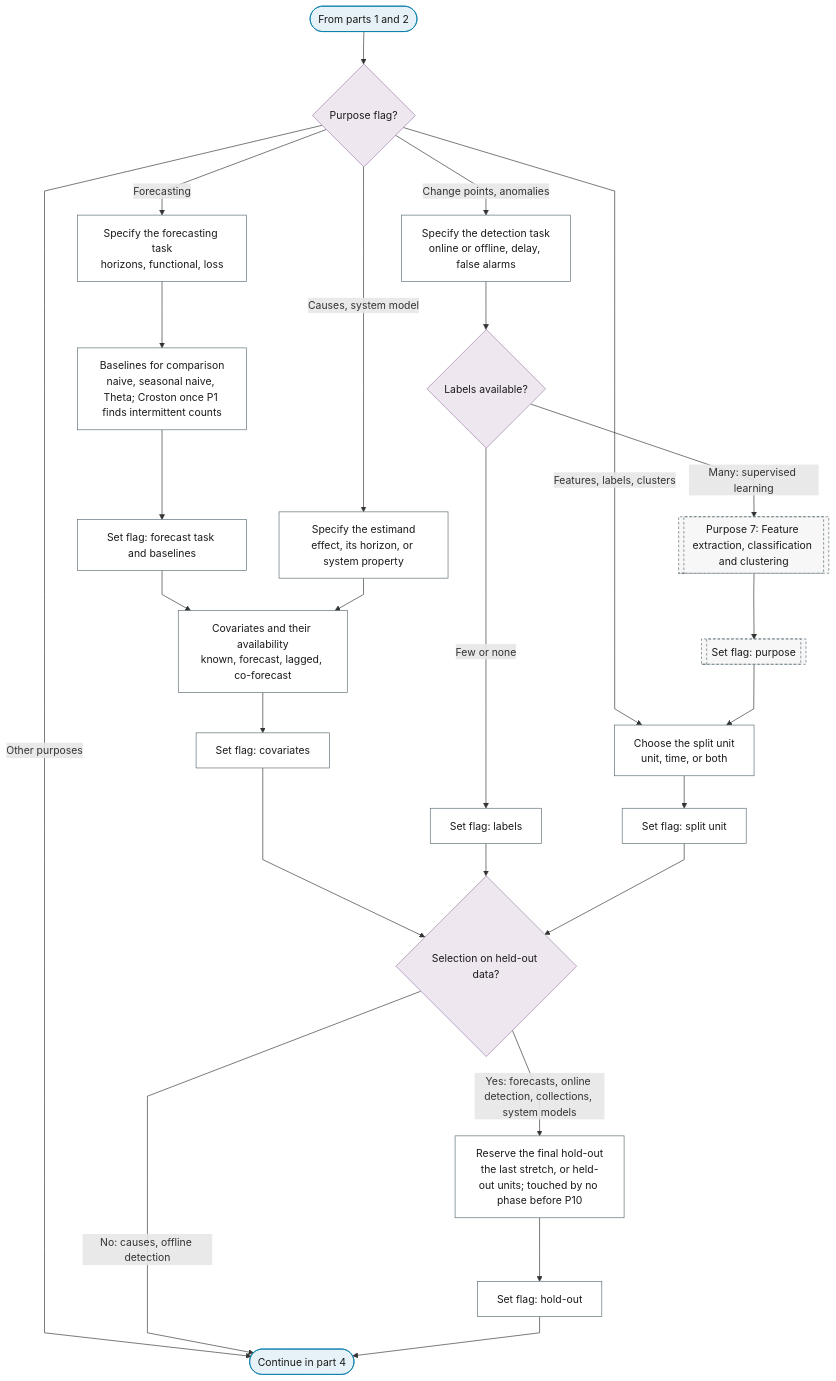
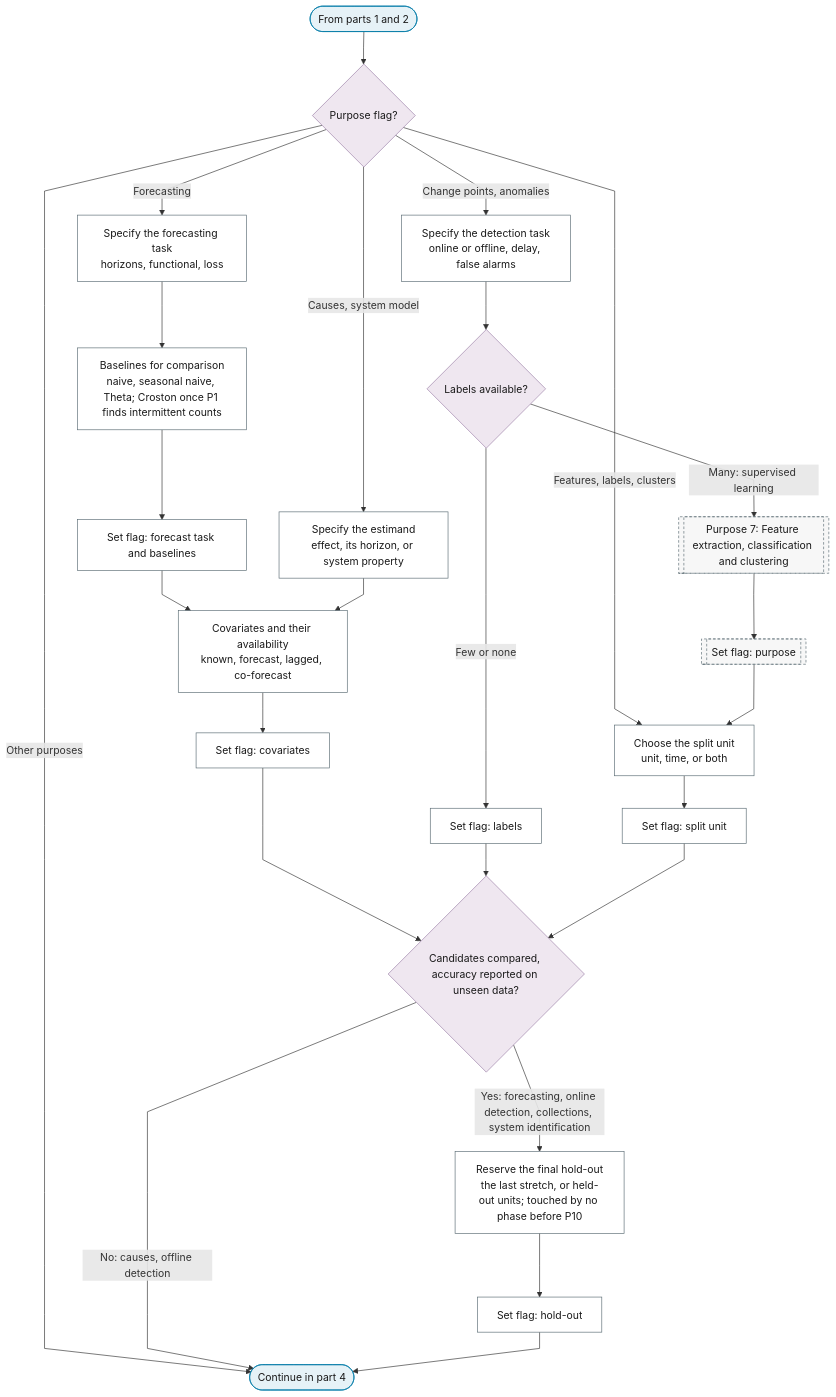
Before and after one commit to Shuxin-Y/time-series-analysis-manual: the third of 4 diagrams in docs/01-workflow/p00-purpose/index.md, drawn with Mermaid. The commit also changed other lines of this file and 17 other files, not shown here.

First line of the commit message:
fix(charts): round-3 review fixes to seasonality, thresholds and branch flags

````diff
--- a/docs/01-workflow/p00-purpose/index.md
+++ b/docs/01-workflow/p00-purpose/index.md
@@ -72,38 +72,38 @@
 ```mermaid
 %%{init: {"flowchart": {"curve": "linear"}}}%%
 graph TD
     P0_PART_3_IN(["From parts 1 and 2"]) --> P0_PLAN{"Purpose flag?"}
     P0_PLAN -->|"Forecasting"| P0_FORECAST_TASK["Specify the forecasting task<br/>horizons, functional, loss"]
     P0_PLAN -->|"Change points, anomalies"| P0_DETECTION_TASK["Specify the detection task<br/>online or offline, delay, false alarms"]
     P0_PLAN -->|"Causes, system model"| P0_ESTIMAND["Specify the estimand<br/>effect, its horizon, or system property"]
     P0_PLAN -->|"Features, labels, clusters"| P0_SPLIT_UNIT["Choose the split unit<br/>unit, time, or both"]
     P0_PLAN -->|"Other purposes"| P0_PART_3_OUT(["Continue in part 4"])
     P0_FORECAST_TASK --> P0_FC_BASELINES["Baselines for comparison<br/>naive, seasonal naive, Theta; Croston once P1 finds intermittent counts"]
     P0_FC_BASELINES --> P0_FORECAST_FLAG["Set flag: forecast task and baselines"]
     P0_FORECAST_FLAG --> P0_COVARIATES["Covariates and their availability<br/>known, forecast, lagged, co-forecast"]
     P0_ESTIMAND --> P0_COVARIATES
     P0_COVARIATES --> P0_COVARIATE_FLAG["Set flag: covariates"]
     P0_DETECTION_TASK --> P0_LABELS{"Labels available?"}
     P0_LABELS -->|"Many: supervised learning"| P0_FEATURES[["Purpose 7: Feature extraction, classification and clustering"]]
     P0_FEATURES --> P0_PURPOSE_FLAG[["Set flag: purpose"]]
     P0_PURPOSE_FLAG --> P0_SPLIT_UNIT
     P0_LABELS -->|"Few or none"| P0_DETECTION_FLAG["Set flag: labels"]
     P0_SPLIT_UNIT --> P0_SPLIT_FLAG["Set flag: split unit"]
-    P0_COVARIATE_FLAG & P0_DETECTION_FLAG & P0_SPLIT_FLAG --> P0_HOLDOUT_GATE{"Selection on held-out data?"}
-    P0_HOLDOUT_GATE -->|"Yes: forecasts, online detection, collections, system models"| P0_HOLDOUT["Reserve the final hold-out<br/>the last stretch, or held-out units; touched by no phase before P10"]
+    P0_COVARIATE_FLAG & P0_DETECTION_FLAG & P0_SPLIT_FLAG --> P0_HOLDOUT_GATE{"Candidates compared, accuracy reported on unseen data?"}
+    P0_HOLDOUT_GATE -->|"Yes: forecasting, online detection, collections, system identification"| P0_HOLDOUT["Reserve the final hold-out<br/>the last stretch, or held-out units; touched by no phase before P10"]
     P0_HOLDOUT_GATE -->|"No: causes, offline detection"| P0_PART_3_OUT
     P0_HOLDOUT --> P0_HOLDOUT_FLAG["Set flag: hold-out"]
     P0_HOLDOUT_FLAG --> P0_PART_3_OUT
     class P0_PART_3_IN,P0_PART_3_OUT terminator
     class P0_PLAN,P0_LABELS,P0_HOLDOUT_GATE decision
     class P0_FORECAST_TASK,P0_DETECTION_TASK,P0_ESTIMAND,P0_SPLIT_UNIT,P0_FC_BASELINES,P0_COVARIATES,P0_FORECAST_FLAG,P0_COVARIATE_FLAG,P0_DETECTION_FLAG,P0_SPLIT_FLAG,P0_HOLDOUT,P0_HOLDOUT_FLAG process
     class P0_FEATURES,P0_PURPOSE_FLAG ref
     classDef terminator fill:#E6F2F7,stroke:#007BA7,color:#1A1A1A;
     classDef process fill:#FFFFFF,stroke:#5A6B73,color:#1A1A1A;
     classDef decision fill:#EFE7F0,stroke:#9B7FA7,color:#1A1A1A;
     classDef data fill:#FFF4E0,stroke:#C9A55E,color:#1A1A1A;
     classDef good fill:#DCEFD8,stroke:#4A7A3F,color:#1A1A1A;
     classDef escalate fill:#FFE9C2,stroke:#C9A55E,color:#1A1A1A;
     classDef problem fill:#F2D9DE,stroke:#800020,color:#1A1A1A;
     classDef ref fill:#F7F7F7,stroke:#5A6B73,color:#1A1A1A,stroke-dasharray:4 3;
 ```
````
